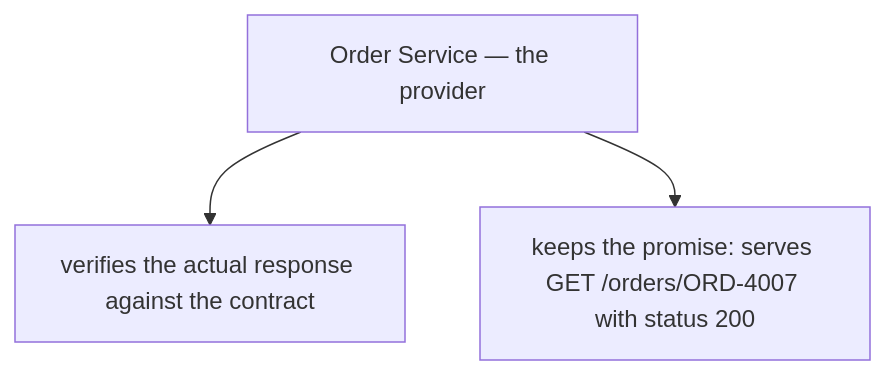
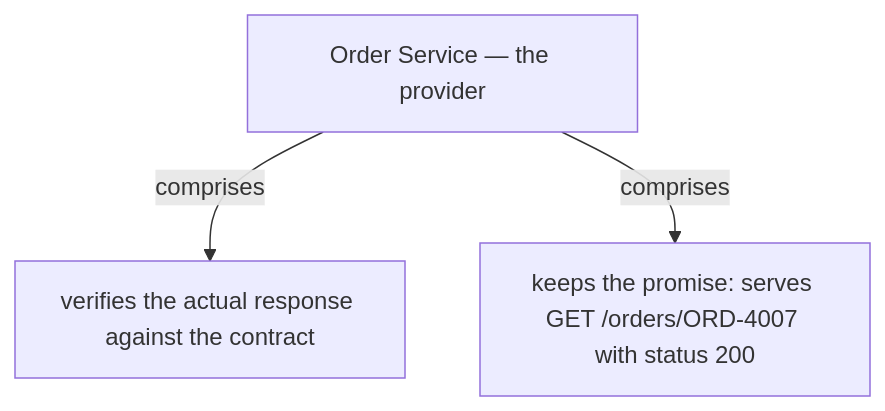
One commit to vinayakuber/microservices-io-study-guide changed the seventh of 13 diagrams in docs/ch25-consumer-driven-contract-test.md. Above: the diagram before and after it, drawn with Mermaid. The commit also changed other lines of this file and 71 other files, not shown here.

First line of the commit message:
R18: label every diagram arrow with its meaning

````diff
--- a/docs/ch25-consumer-driven-contract-test.md
+++ b/docs/ch25-consumer-driven-contract-test.md
@@ -235,6 +235,6 @@
 ```mermaid
 flowchart TD
   R["Order Service — the provider"]
-  R --> P0["verifies the actual response against the contract"]
-  R --> P1["keeps the promise: serves GET /orders/ORD-4007 with status 200"]
+  R -->|"comprises"| P0["verifies the actual response against the contract"]
+  R -->|"comprises"| P1["keeps the promise: serves GET /orders/ORD-4007 with status 200"]
 ```
````
